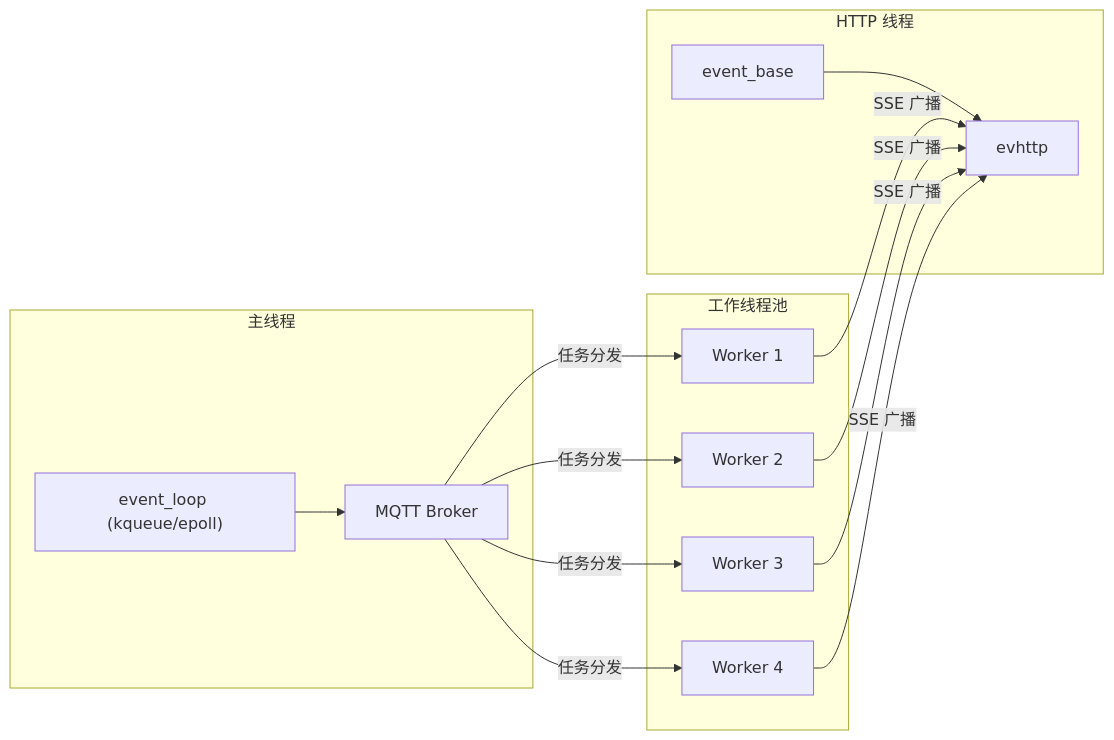
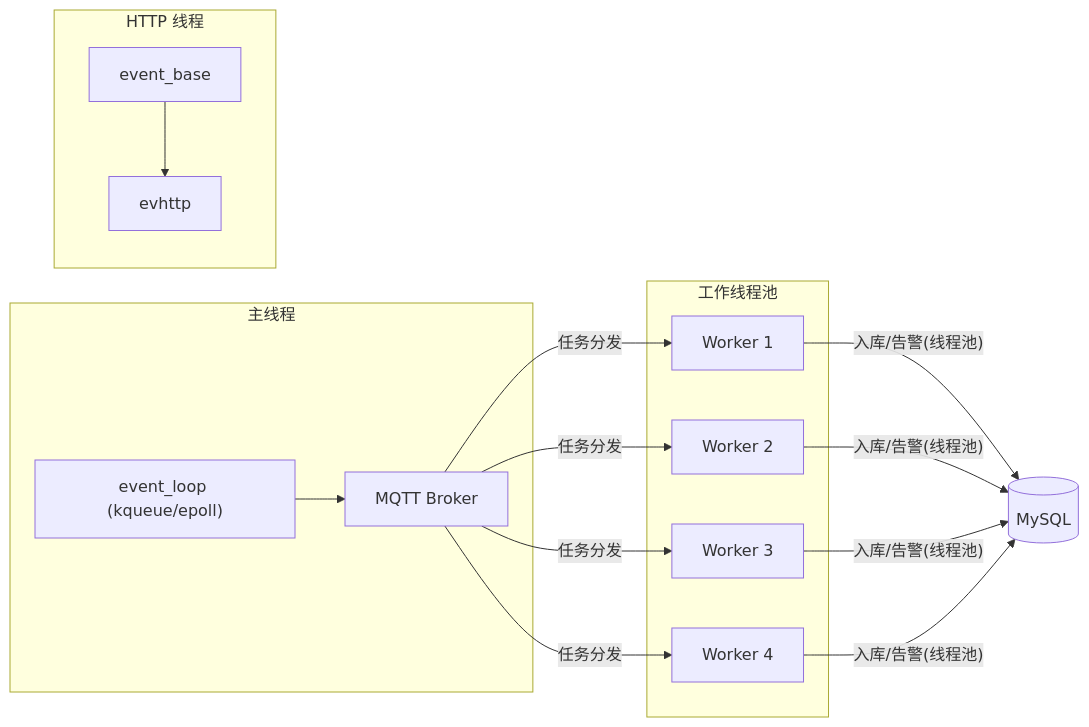
One commit to Lab0x-Embedded/iotsystem changed the eighth of 8 diagrams in docs/E2_架构图集.md. Above: the diagram before and after it, drawn with Mermaid. The commit also changed other lines of this file and 6 other files, not shown here.

Commit message:
docs: 全量对齐当前实现 — MQTT 协议 v3(白名单/OneJSON/踢线/QoS1)、API 补 product/prop_*/query_latest、ER 补 product_properties、技术方案与架构图集移除虚构 SSE、新增 KNOWN_ISSUES 审计清单

````diff
--- a/docs/E2_架构图集.md
+++ b/docs/E2_架构图集.md
@@ -271,24 +265,26 @@
 ```mermaid
 graph LR
     subgraph Main["主线程"]
         EL["event_loop (kqueue/epoll)"]
         MQTT_T["MQTT Broker"]
         EL --> MQTT_T
     end
 
     subgraph Workers["工作线程池"]
         W1["Worker 1"]
         W2["Worker 2"]
         W3["Worker 3"]
         W4["Worker 4"]
     end
 
     subgraph HTTP_T["HTTP 线程"]
         HTTP_E["event_base"]
         HTTP_SRV["evhttp"]
         HTTP_E --> HTTP_SRV
     end
 
+    MYSQL[("MySQL")]
+
     MQTT_T -->|"任务分发"| W1 & W2 & W3 & W4
-    W1 & W2 & W3 & W4 -->|"SSE 广播"| HTTP_SRV
+    W1 & W2 & W3 & W4 -->|"入库/告警(线程池)"| MYSQL
 ```
````
